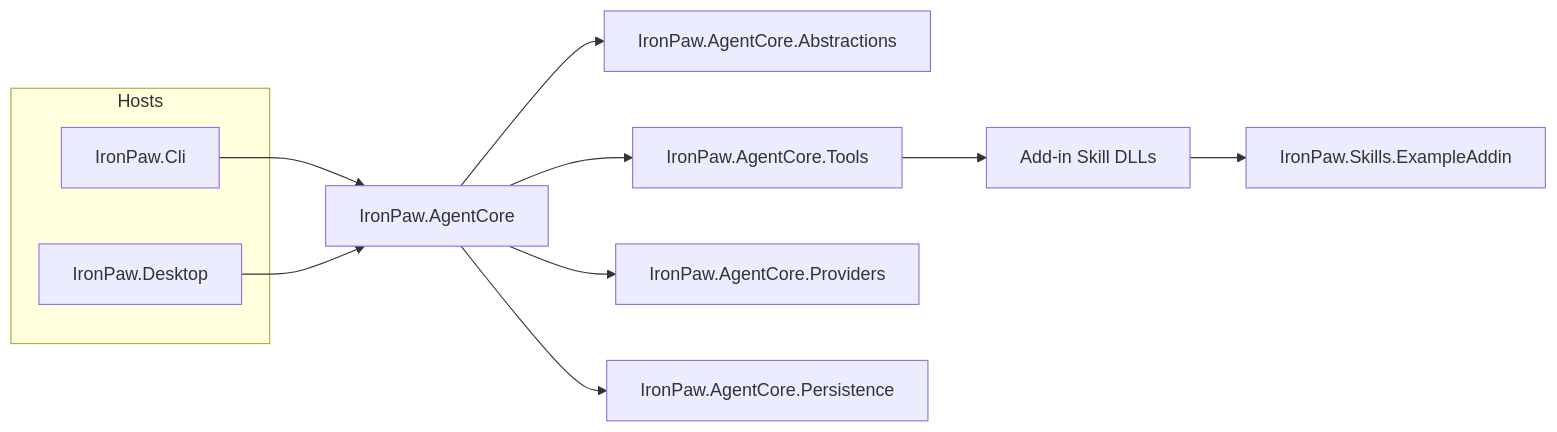
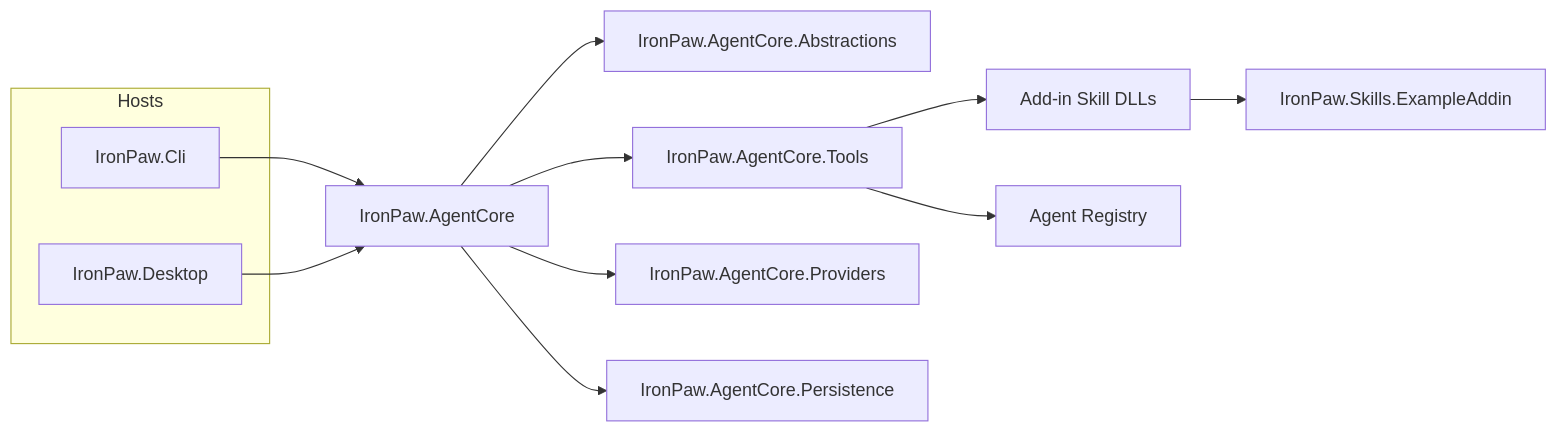
One commit to MaxAkbar/IronPaw changed the first of 2 diagrams in README.md. Above: the diagram before and after it, drawn with Mermaid. The commit also changed other lines of this file and 18 other files, not shown here.

````diff
--- a/README.md
+++ b/README.md
@@ -15,18 +16,19 @@
 ```mermaid
 flowchart LR
   subgraph Hosts
     CLI[IronPaw.Cli]
     Desktop[IronPaw.Desktop]
   end
 
   CLI --> Core[IronPaw.AgentCore]
   Desktop --> Core
 
   Core --> Abstractions[IronPaw.AgentCore.Abstractions]
   Core --> Tools[IronPaw.AgentCore.Tools]
   Core --> Providers[IronPaw.AgentCore.Providers]
   Core --> Persistence[IronPaw.AgentCore.Persistence]
 
   Tools --> Addins[Add-in Skill DLLs]
+  Tools --> AgentReg[Agent Registry]
   Addins --> ExampleAddin[IronPaw.Skills.ExampleAddin]
 ```
````
